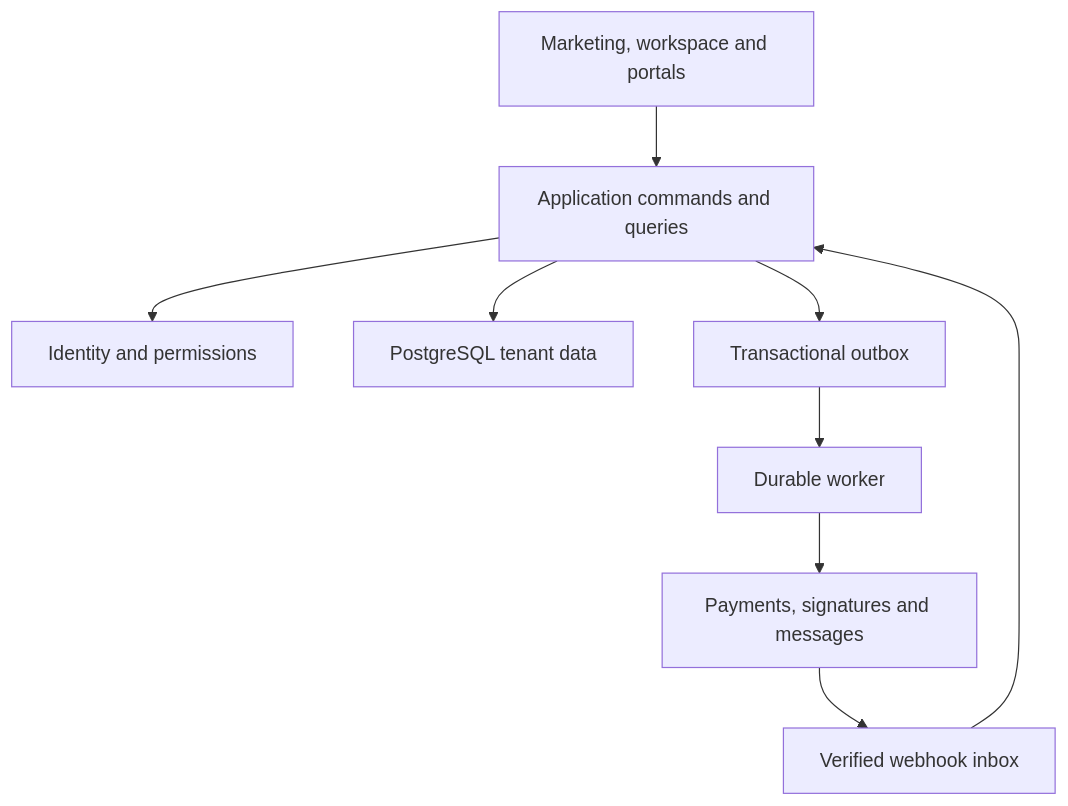
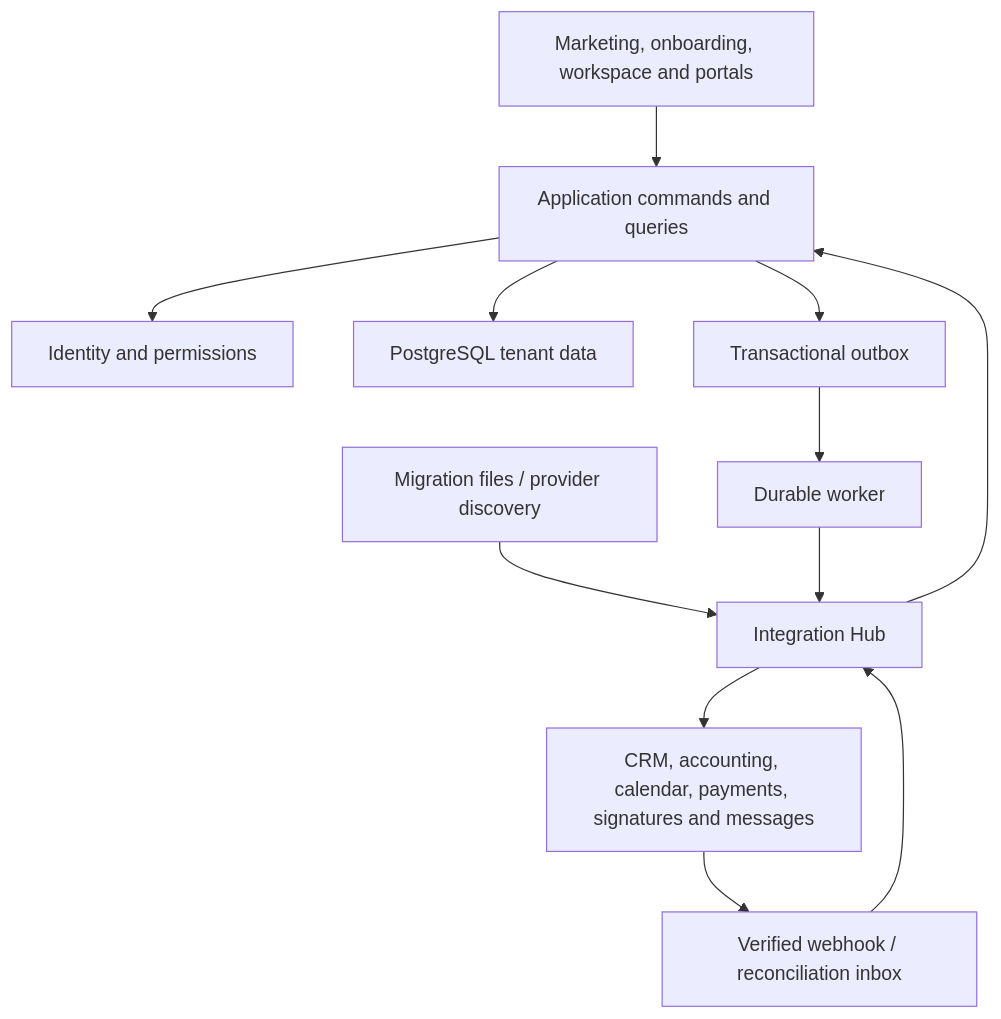
One commit to AstroTat808/venueloom.com changed the diagram in docs/architecture/README.md. Above: the diagram before and after it, drawn with Mermaid. The commit also changed other lines of this file, not shown here.

Commit message:
docs: integrate migration hub into platform architecture

````diff
--- a/docs/architecture/README.md
+++ b/docs/architecture/README.md
@@ -11,11 +13,14 @@
 ```mermaid
 flowchart TD
-  Web["Marketing, workspace and portals"] --> App["Application commands and queries"]
+  Web["Marketing, onboarding, workspace and portals"] --> App["Application commands and queries"]
   App --> Auth["Identity and permissions"]
   App --> DB["PostgreSQL tenant data"]
+  Import["Migration files / provider discovery"] --> Hub["Integration Hub"]
+  Hub --> App
   App --> Outbox["Transactional outbox"]
   Outbox --> Worker["Durable worker"]
-  Worker --> Providers["Payments, signatures and messages"]
-  Providers --> Inbox["Verified webhook inbox"]
-  Inbox --> App
+  Worker --> Hub
+  Hub --> Providers["CRM, accounting, calendar, payments, signatures and messages"]
+  Providers --> Inbox["Verified webhook / reconciliation inbox"]
+  Inbox --> Hub
 ```
````
